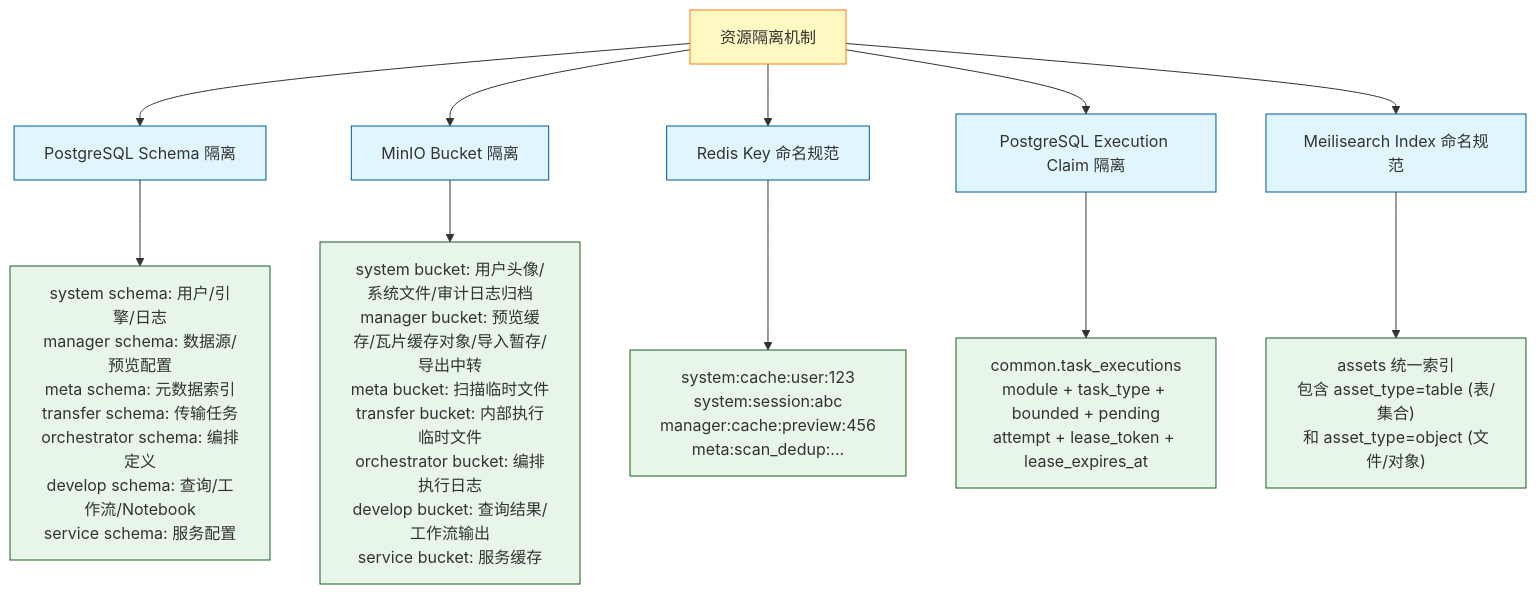
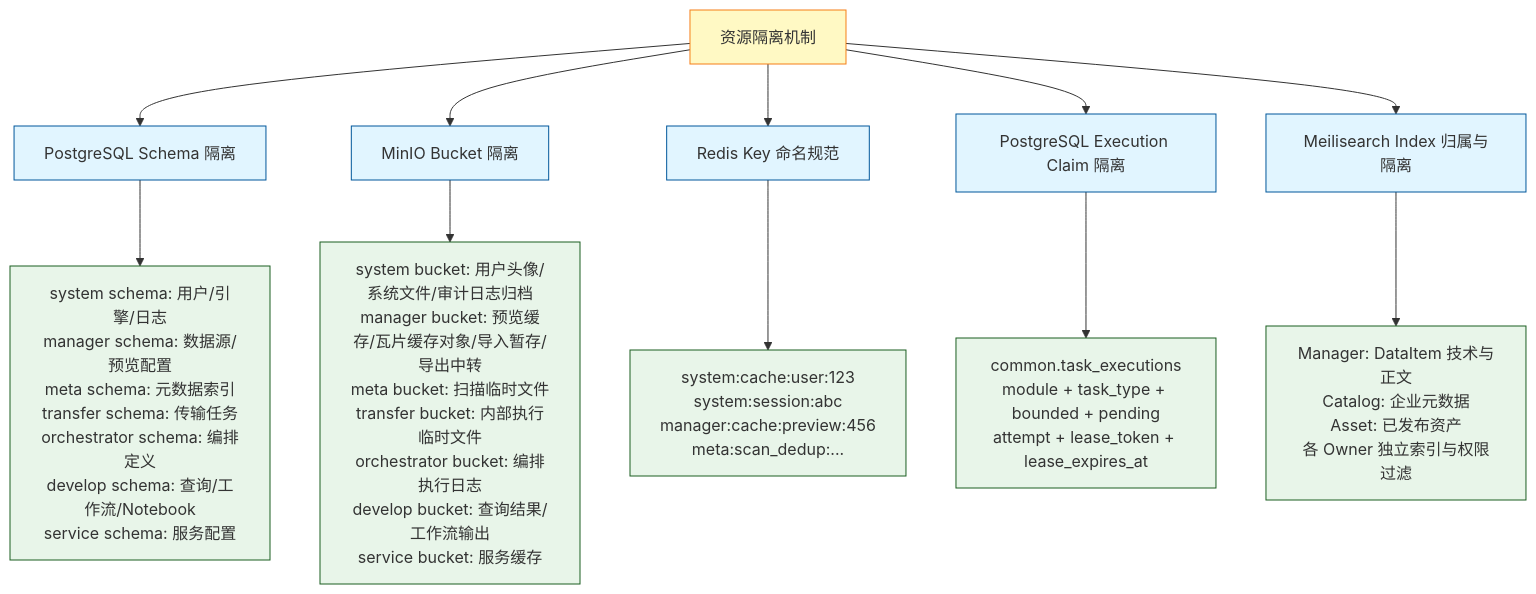
Before and after one commit to pampa0629/addp: the second of 2 diagrams in docs/concepts/addp基础设施隔离图.md, drawn with Mermaid. The commit also changed other lines of this file and 35 other files, not shown here.

````diff
--- a/docs/concepts/addp基础设施隔离图.md
+++ b/docs/concepts/addp基础设施隔离图.md
@@ -123,28 +123,28 @@
 ```mermaid
 graph TB
     Isolation[资源隔离机制]
 
     Isolation --> PG[PostgreSQL Schema 隔离]
     Isolation --> MinIOIso[MinIO Bucket 隔离]
     Isolation --> RedisIso[Redis Key 命名规范]
     Isolation --> ExecutionIso[PostgreSQL Execution Claim 隔离]
-    Isolation --> MeiliIso[Meilisearch Index 命名规范]
+    Isolation --> MeiliIso[Meilisearch Index 归属与隔离]
 
     PG --> PGEx["system schema: 用户/引擎/日志<br/>manager schema: 数据源/预览配置<br/>meta schema: 元数据索引<br/>transfer schema: 传输任务<br/>orchestrator schema: 编排定义<br/>develop schema: 查询/工作流/Notebook<br/>service schema: 服务配置"]
 
     MinIOIso --> MinIOEx["system bucket: 用户头像/系统文件/审计日志归档<br/>manager bucket: 预览缓存/瓦片缓存对象/导入暂存/导出中转<br/>meta bucket: 扫描临时文件<br/>transfer bucket: 内部执行临时文件<br/>orchestrator bucket: 编排执行日志<br/>develop bucket: 查询结果/工作流输出<br/>service bucket: 服务缓存"]
 
     RedisIso --> RedisEx["system:cache:user:123<br/>system:session:abc<br/>manager:cache:preview:456<br/>meta:scan_dedup:..."]
 
     ExecutionIso --> ExecutionEx["common.task_executions<br/>module + task_type + bounded + pending<br/>attempt + lease_token + lease_expires_at"]
 
-    MeiliIso --> MeiliEx["assets 统一索引<br/>包含 asset_type=table (表/集合)<br/>和 asset_type=object (文件/对象)"]
+    MeiliIso --> MeiliEx["Manager: DataItem 技术与正文<br/>Catalog: 企业元数据<br/>Asset: 已发布资产<br/>各 Owner 独立索引与权限过滤"]
 
     classDef isolation fill:#fff9c4,stroke:#f57f17
     classDef mechanism fill:#e1f5ff,stroke:#01579b
     classDef example fill:#e8f5e9,stroke:#1b5e20
 
     class Isolation isolation
     class PG,MinIOIso,RedisIso,ExecutionIso,MeiliIso mechanism
     class PGEx,MinIOEx,RedisEx,ExecutionEx,MeiliEx example
 ```
````
